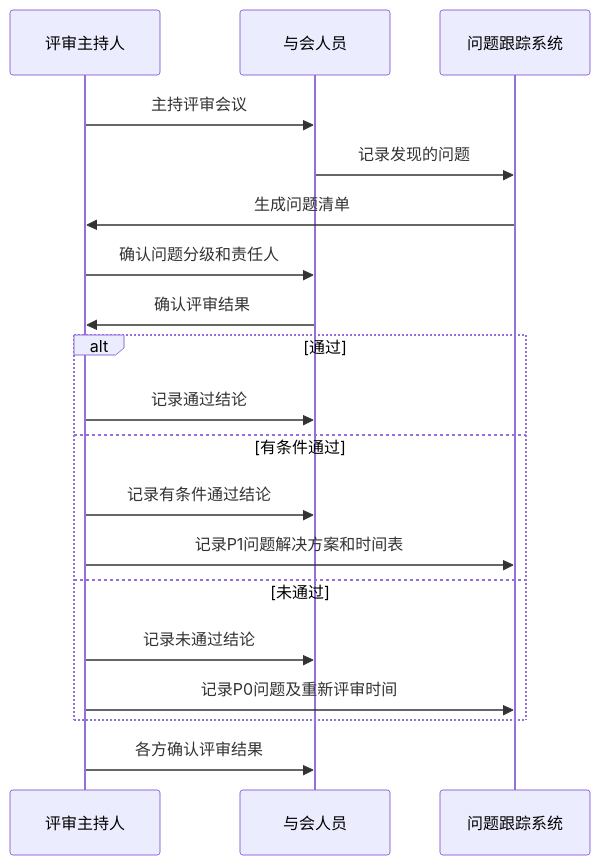
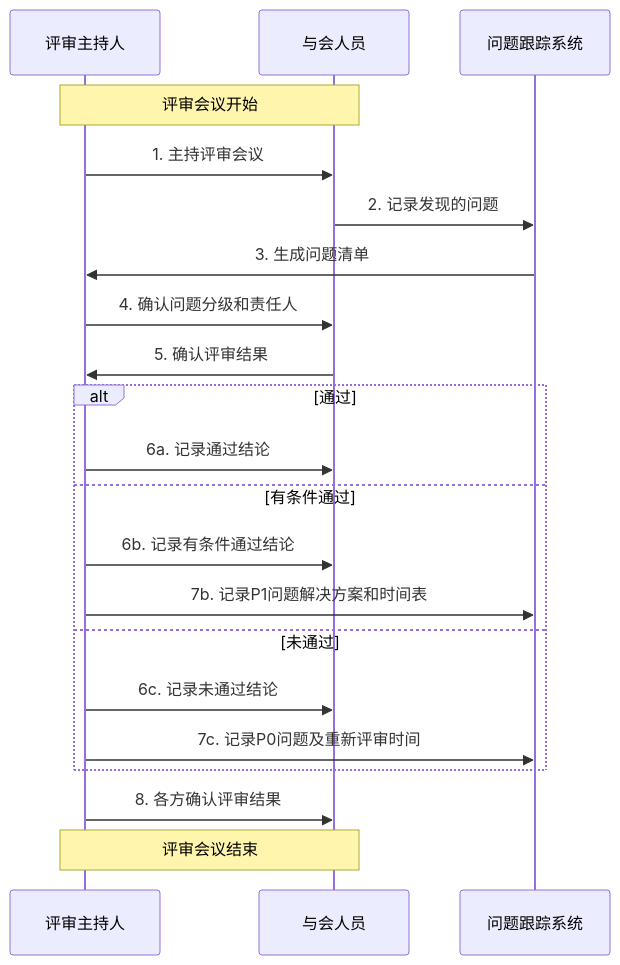
Before and after one commit to Taskon-xyz/PR: diagram 11 of 11 in 开发流程图.md, drawn with Mermaid. The commit also changed other lines of this file and 1 other file, not shown here.

````diff
--- a/开发流程图.md
+++ b/开发流程图.md
@@ -277,24 +301,28 @@
 ```mermaid
 sequenceDiagram
-    participant A as 评审主持人
-    participant B as 与会人员
-    participant C as 问题跟踪系统
+    participant Host as 评审主持人
+    participant Member as 与会人员
+    participant System as 问题跟踪系统
     
-    A->>B: 主持评审会议
-    B->>C: 记录发现的问题
-    C->>A: 生成问题清单
-    A->>B: 确认问题分级和责任人
-    B->>A: 确认评审结果
+    Note over Host,Member: 评审会议开始
+    
+    Host->>Member: 1. 主持评审会议
+    Member->>System: 2. 记录发现的问题
+    System->>Host: 3. 生成问题清单
+    Host->>Member: 4. 确认问题分级和责任人
+    Member->>Host: 5. 确认评审结果
     
     alt 通过
-        A->>B: 记录通过结论
+        Host->>Member: 6a. 记录通过结论
     else 有条件通过
-        A->>B: 记录有条件通过结论
-        A->>C: 记录P1问题解决方案和时间表
+        Host->>Member: 6b. 记录有条件通过结论
+        Host->>System: 7b. 记录P1问题解决方案和时间表
     else 未通过
-        A->>B: 记录未通过结论
-        A->>C: 记录P0问题及重新评审时间
+        Host->>Member: 6c. 记录未通过结论
+        Host->>System: 7c. 记录P0问题及重新评审时间
     end
     
-    A->>B: 各方确认评审结果
+    Host->>Member: 8. 各方确认评审结果
+    
+    Note over Host,Member: 评审会议结束
 ```
````
